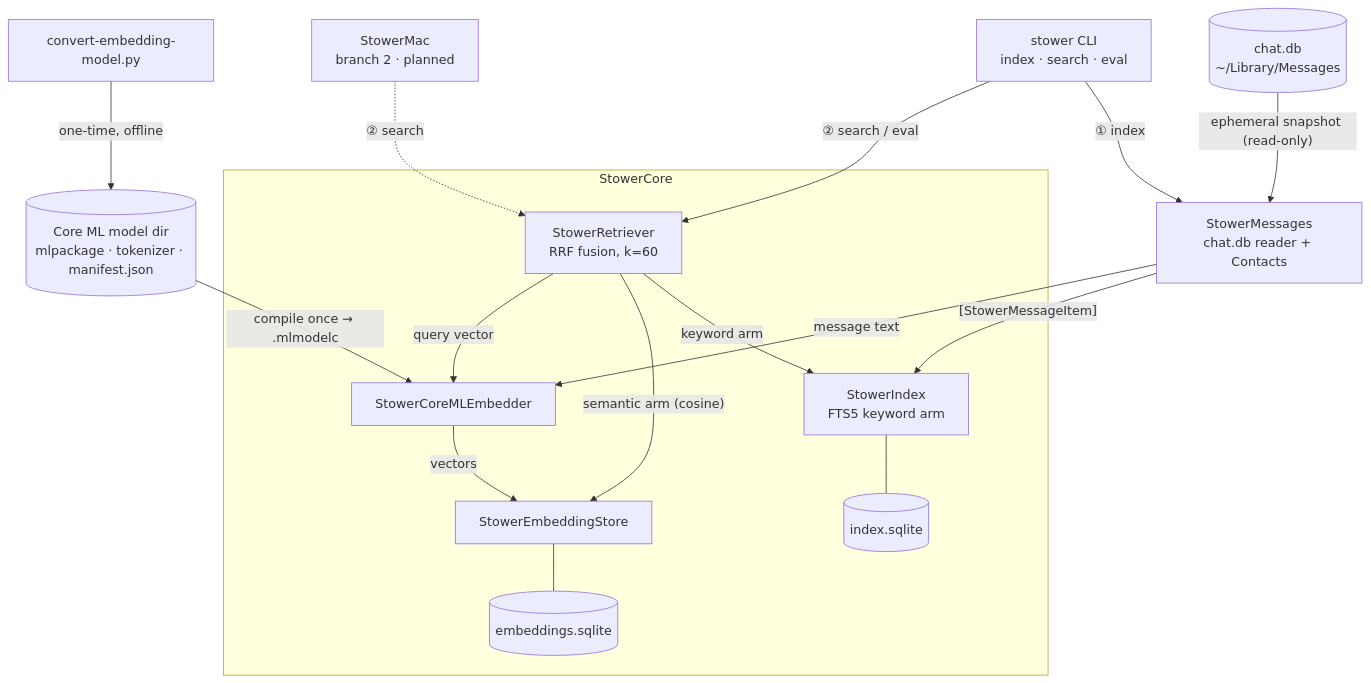
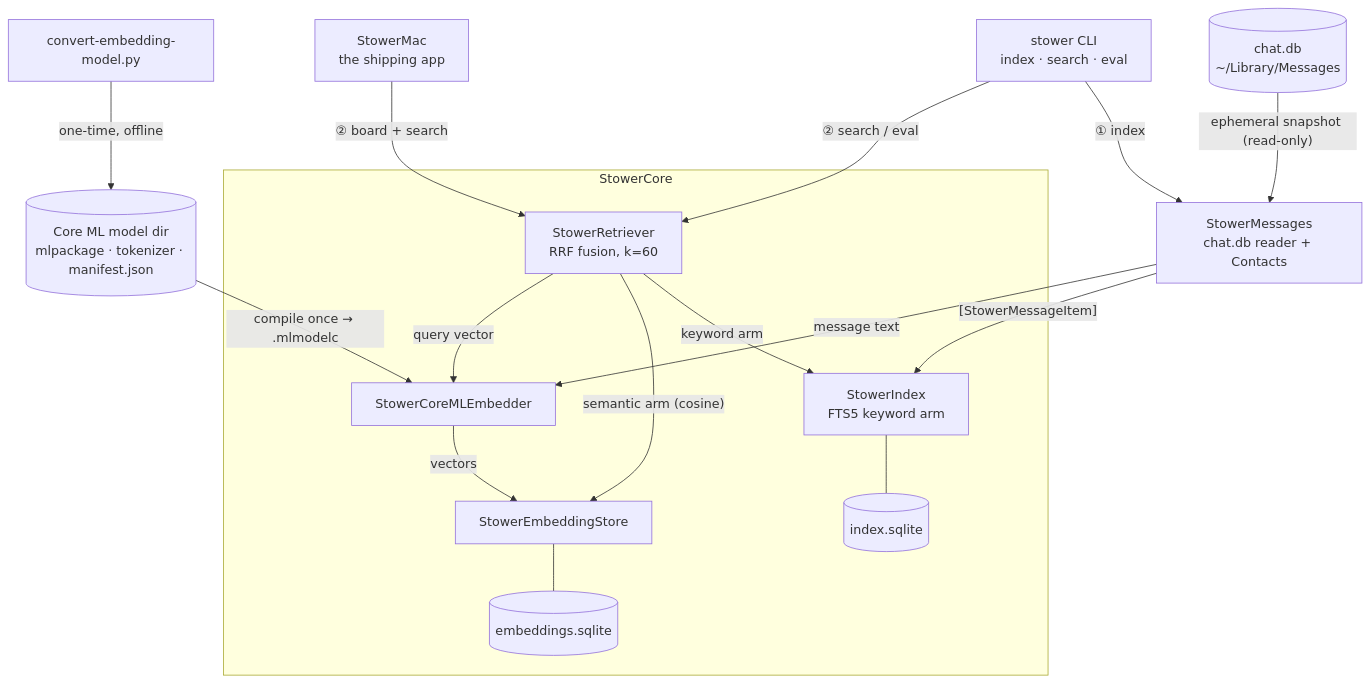
The diagram in README.md (emilykangdev/stower), drawn with Mermaid before and after one commit. The commit also changed other lines of this file and 1 other file, not shown here.

First line of the commit message:
docs: rewrite README for the shipped app + add SECURITY.md

````diff
--- a/README.md
+++ b/README.md
@@ -47,36 +71,36 @@
 ```mermaid
 flowchart TD
     chatdb[("chat.db<br/>~/Library/Messages")]
     convert["convert-embedding-model.py"]
     model[("Core ML model dir<br/>mlpackage · tokenizer · manifest.json")]
     convert -->|"one-time, offline"| model
 
     cli["stower CLI<br/>index · search · eval"]
-    mac["StowerMac<br/>branch 2 · planned"]
+    mac["StowerMac<br/>the shipping app"]
     msgs["StowerMessages<br/>chat.db reader + Contacts"]
 
     subgraph core["StowerCore"]
         index["StowerIndex<br/>FTS5 keyword arm"]
         store["StowerEmbeddingStore"]
         embedder["StowerCoreMLEmbedder"]
         retriever["StowerRetriever<br/>RRF fusion, k=60"]
         idxdb[("index.sqlite")]
         embdb[("embeddings.sqlite")]
         index --- idxdb
         store --- embdb
     end
 
     chatdb -->|"ephemeral snapshot (read-only)"| msgs
 
     cli -->|"① index"| msgs
     msgs -->|"[StowerMessageItem]"| index
     msgs -->|"message text"| embedder
     model -->|"compile once → .mlmodelc"| embedder
     embedder -->|"vectors"| store
 
     cli -->|"② search / eval"| retriever
-    mac -.->|"② search"| retriever
+    mac -->|"② board + search"| retriever
     retriever -->|"keyword arm"| index
     retriever -->|"semantic arm (cosine)"| store
     retriever -->|"query vector"| embedder
 ```
````
